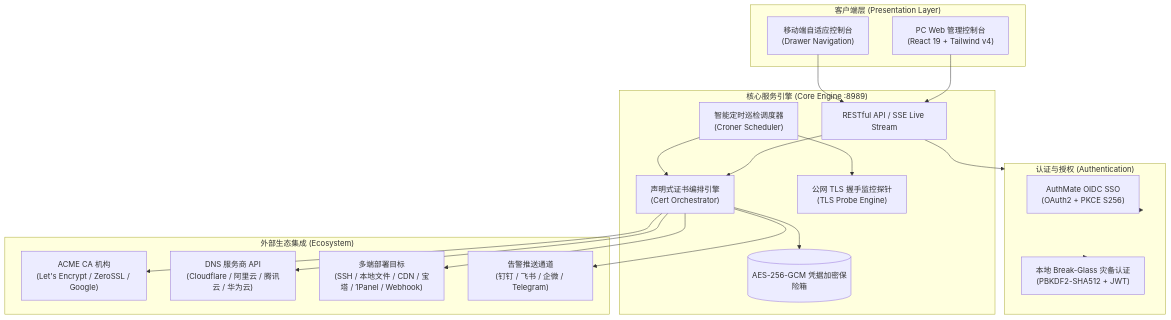
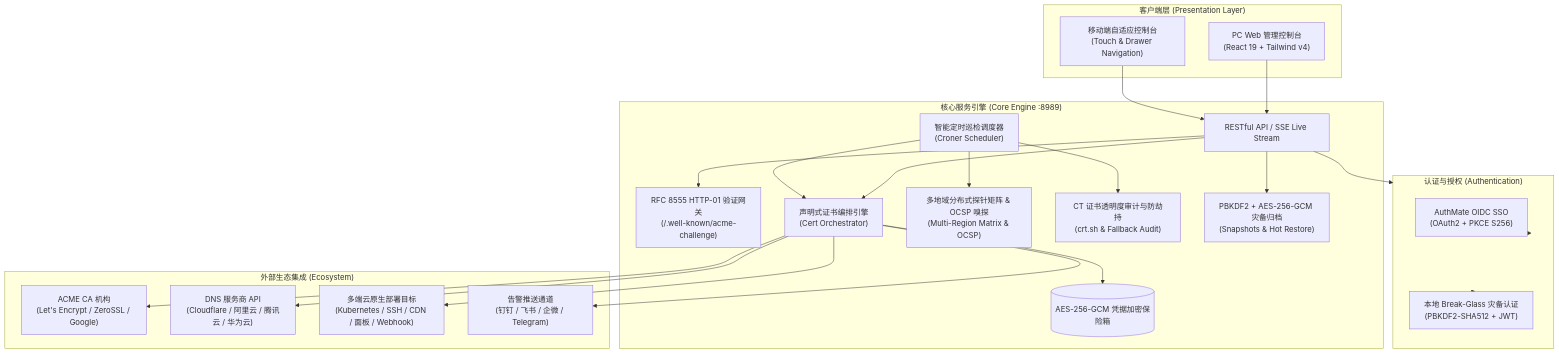
One commit to tankeito/SSL-Mate changed the diagram in README.md. Above: the diagram before and after it, drawn with Mermaid. The commit also changed other lines of this file and 15 other files, not shown here.

````diff
--- a/README.md
+++ b/README.md
@@ -75,41 +79,47 @@
 ```mermaid
 graph TB
     subgraph Client["客户端层 (Presentation Layer)"]
         Browser["PC Web 管理控制台<br/>(React 19 + Tailwind v4)"]
-        Mobile["移动端自适应控制台<br/>(Drawer Navigation)"]
+        Mobile["移动端自适应控制台<br/>(Touch & Drawer Navigation)"]
     end
 
     subgraph Auth["认证与授权 (Authentication)"]
         SSO["AuthMate OIDC SSO<br/>(OAuth2 + PKCE S256)"]
         LocalAuth["本地 Break-Glass 灾备认证<br/>(PBKDF2-SHA512 + JWT)"]
     end
 
     subgraph Server["核心服务引擎 (Core Engine :8989)"]
         Router["RESTful API / SSE Live Stream"]
+        HttpChallenge["RFC 8555 HTTP-01 验证网关<br/>(/.well-known/acme-challenge)"]
         Scheduler["智能定时巡检调度器<br/>(Croner Scheduler)"]
         Orchestrator["声明式证书编排引擎<br/>(Cert Orchestrator)"]
-        MonitorEngine["公网 TLS 握手监控探针<br/>(TLS Probe Engine)"]
+        ProbeMatrix["多地域分布式探针矩阵 & OCSP 嗅探<br/>(Multi-Region Matrix & OCSP)"]
+        CTAudit["CT 证书透明度审计与防劫持<br/>(crt.sh & Fallback Audit)"]
+        BackupEngine["PBKDF2 + AES-256-GCM 灾备归档<br/>(Snapshots & Hot Restore)"]
         CryptoVault[("AES-256-GCM 凭据加密保险箱")]
     end
 
     subgraph ExternalServices["外部生态集成 (Ecosystem)"]
         CA["ACME CA 机构<br/>(Let's Encrypt / ZeroSSL / Google)"]
         DNS["DNS 服务商 API<br/>(Cloudflare / 阿里云 / 腾讯云 / 华为云)"]
-        DeployTargets["多端部署目标<br/>(SSH / 本地文件 / CDN / 宝塔 / 1Panel / Webhook)"]
+        DeployTargets["多端云原生部署目标<br/>(Kubernetes / SSH / CDN / 面板 / Webhook)"]
         NotifyChannels["告警推送通道<br/>(钉钉 / 飞书 / 企微 / Telegram)"]
     end
 
     Browser --> Router
     Mobile --> Router
     Router --> Auth
     Auth --> SSO
     Auth --> LocalAuth
     Router --> Orchestrator
+    Router --> HttpChallenge
+    Router --> BackupEngine
     Scheduler --> Orchestrator
-    Scheduler --> MonitorEngine
+    Scheduler --> ProbeMatrix
+    Scheduler --> CTAudit
     Orchestrator --> CryptoVault
     Orchestrator --> CA
     Orchestrator --> DNS
     Orchestrator --> DeployTargets
     Orchestrator --> NotifyChannels
 ```
````
